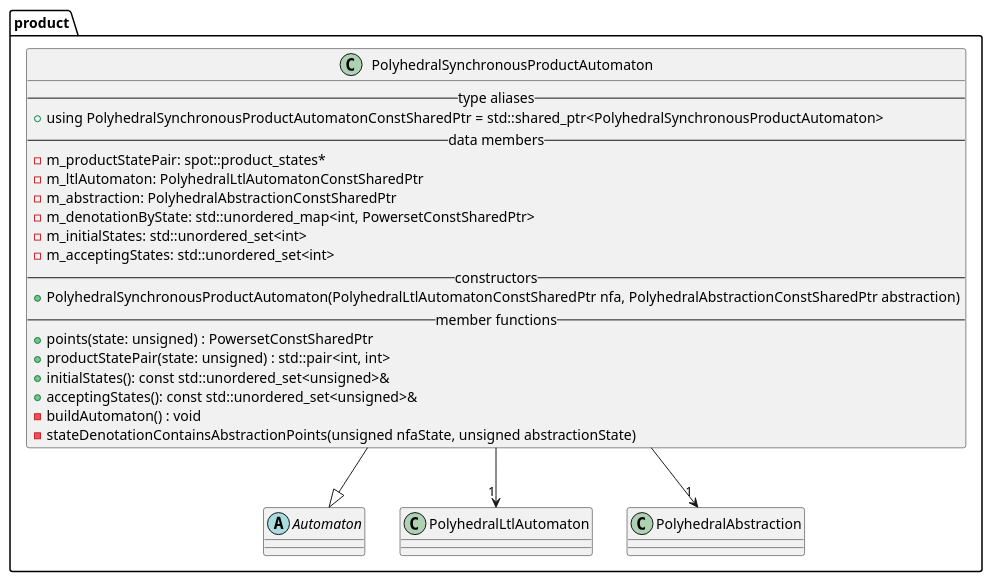
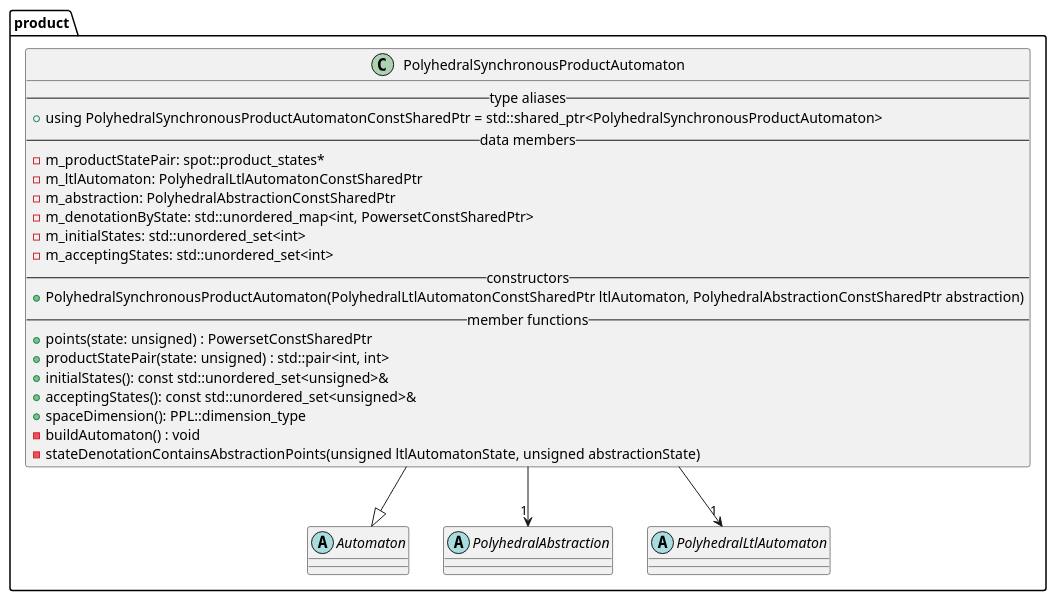
Before and after one commit to vtramo/rtl-mc: the diagram in docs/plantuml/product.puml, drawn with PlantUML. The commit also changed 5 other files, not shown here.

```diff
--- a/docs/plantuml/product.puml
+++ b/docs/plantuml/product.puml
@@ -1,30 +1,33 @@
 @startuml
 
 package product {
     abstract Automaton {}
+    abstract PolyhedralAbstraction {}
+    abstract PolyhedralLtlAutomaton {}
     class PolyhedralSynchronousProductAutomaton {
         --type aliases--
         +using PolyhedralSynchronousProductAutomatonConstSharedPtr = std::shared_ptr<PolyhedralSynchronousProductAutomaton>
         -- data members --
         -m_productStatePair: spot::product_states*
         -m_ltlAutomaton: PolyhedralLtlAutomatonConstSharedPtr
         -m_abstraction: PolyhedralAbstractionConstSharedPtr
         -m_denotationByState: std::unordered_map<int, PowersetConstSharedPtr>
         -m_initialStates: std::unordered_set<int>
         -m_acceptingStates: std::unordered_set<int>
         -- constructors --
-        +PolyhedralSynchronousProductAutomaton(PolyhedralLtlAutomatonConstSharedPtr nfa, PolyhedralAbstractionConstSharedPtr abstraction)
+        +PolyhedralSynchronousProductAutomaton(PolyhedralLtlAutomatonConstSharedPtr ltlAutomaton, PolyhedralAbstractionConstSharedPtr abstraction)
         -- member functions --
         +points(state: unsigned) : PowersetConstSharedPtr
         +productStatePair(state: unsigned) : std::pair<int, int>
         +initialStates(): const std::unordered_set<unsigned>&
         +acceptingStates(): const std::unordered_set<unsigned>&
+        +spaceDimension(): PPL::dimension_type
         -buildAutomaton() : void
-        -stateDenotationContainsAbstractionPoints(unsigned nfaState, unsigned abstractionState)
+        -stateDenotationContainsAbstractionPoints(unsigned ltlAutomatonState, unsigned abstractionState)
     }
 
     PolyhedralSynchronousProductAutomaton --> "1" PolyhedralLtlAutomaton
     PolyhedralSynchronousProductAutomaton --> "1" PolyhedralAbstraction
     PolyhedralSynchronousProductAutomaton --|> Automaton
 }
 @enduml
```
